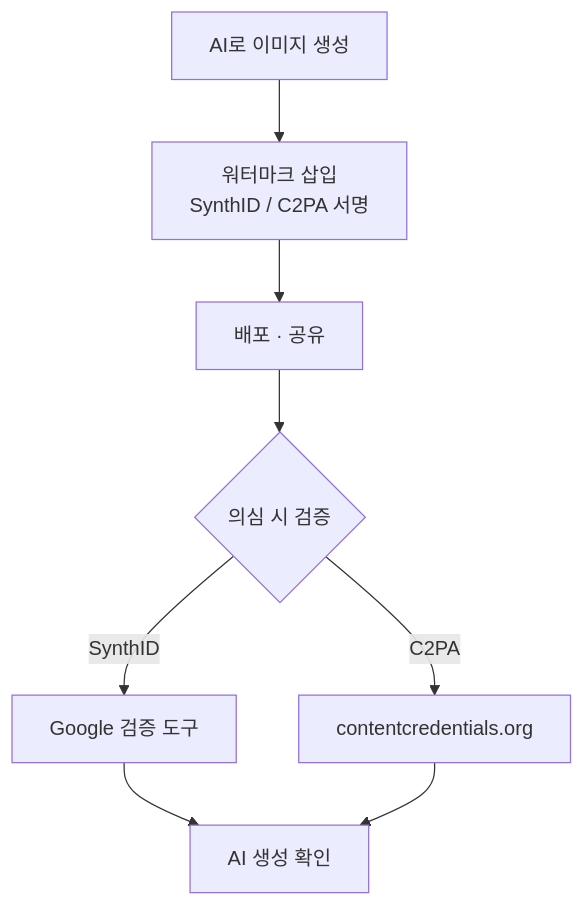
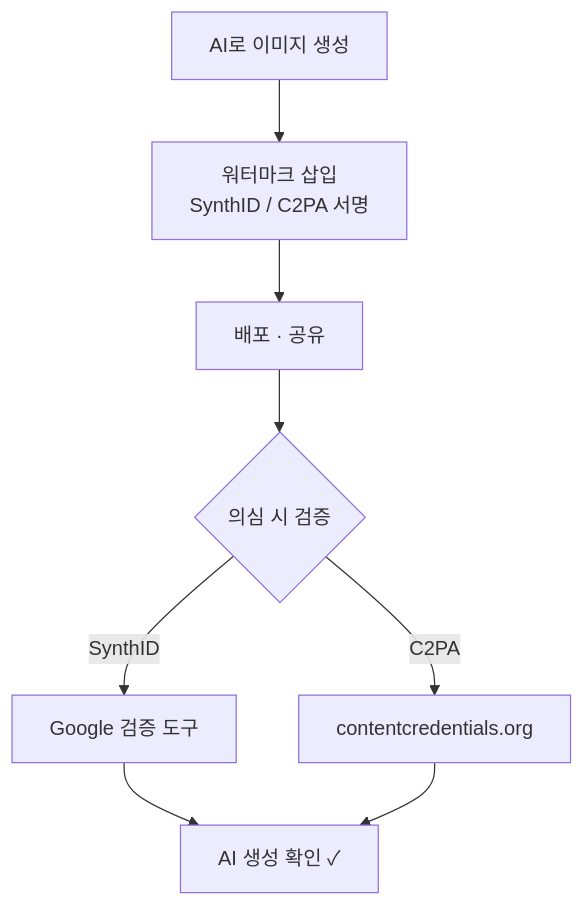
Before and after one commit to ExpandSource/26-04-20-ai-image: the fifth of 5 diagrams in slides.md, drawn with Mermaid. The commit also changed other lines of this file and 2 other files, not shown here.

````diff
--- a/slides.md
+++ b/slides.md
@@ -513,10 +661,10 @@
 ```mermaid
 flowchart TD
   A["AI로 이미지 생성"] --> B["워터마크 삽입\nSynthID / C2PA 서명"]
   B --> C["배포 · 공유"]
   C --> D{"의심 시 검증"}
   D -->|SynthID| E["Google 검증 도구"]
   D -->|C2PA| F["contentcredentials.org"]
-  E --> G["AI 생성 확인"]
+  E --> G["AI 생성 확인 ✓"]
   F --> G
 ```
````
